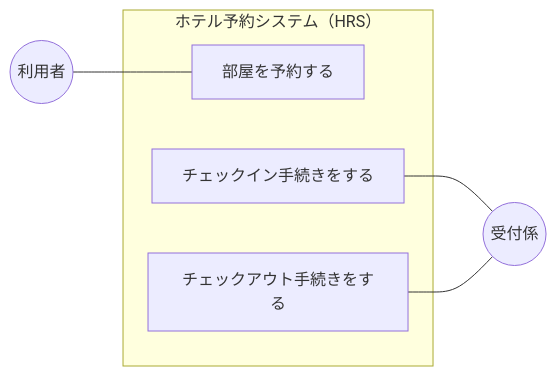
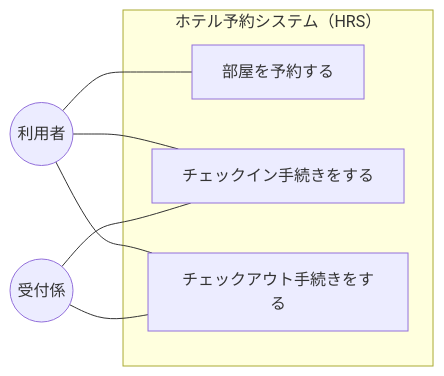
Before and after one commit to Kohki-tyl/HRS: the first of 4 diagrams in Requirements_Analysis.md, drawn with Mermaid. The commit also changed other lines of this file and 1 other file, not shown here.

````diff
--- a/Requirements_Analysis.md
+++ b/Requirements_Analysis.md
@@ -30,15 +30,17 @@
 ```mermaid
 flowchart LR
     Guest((利用者))
     Reception((受付係))
 
     subgraph HRS[ホテル予約システム（HRS）]
         UC1["部屋を予約する"]
         UC2["チェックイン手続きをする"]
         UC3["チェックアウト手続きをする"]
     end
 
     Guest --- UC1
-    UC2 --- Reception
-    UC3 --- Reception
+    Guest --- UC2
+    Reception --- UC2
+    Guest --- UC3
+    Reception --- UC3
 ```
````
